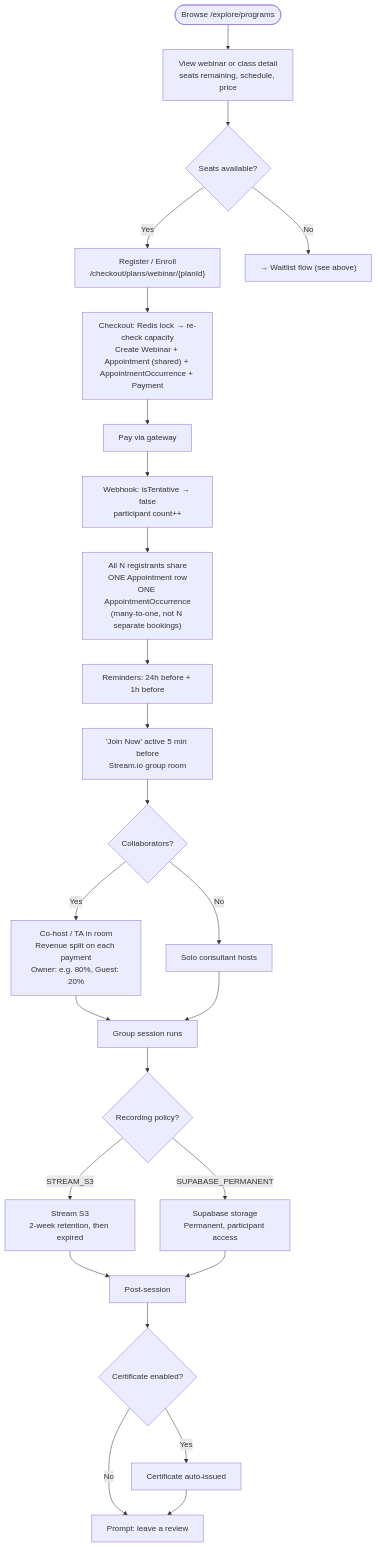
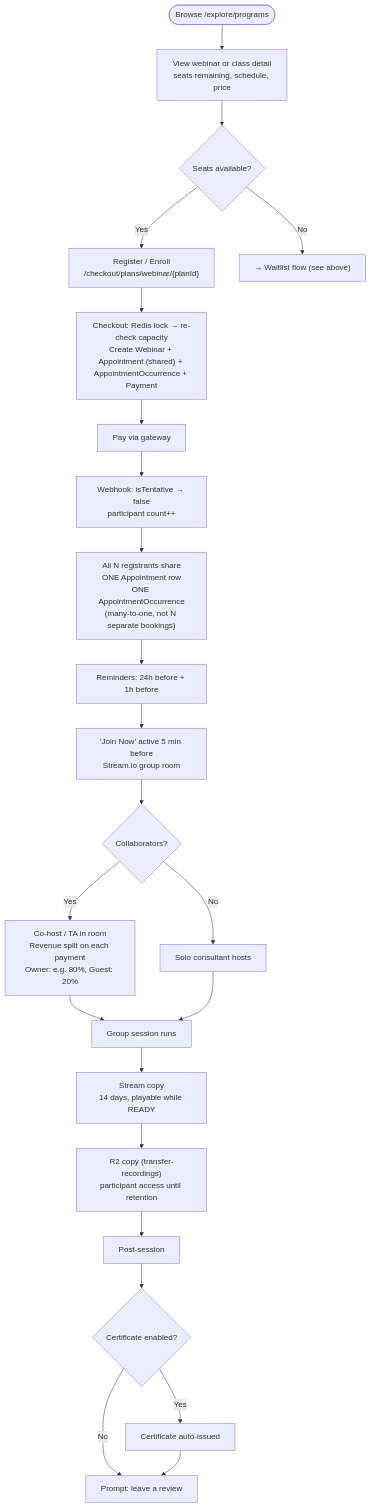
Before and after one commit to Practitionist/familiarise_web: diagram 12 of 19 in docs/architecture/product-flow-map.md, drawn with Mermaid. The commit also changed 16 other files, not shown here.

First line of the commit message:
docs(recordings): describe the R2 copy job, retention job and removed storage tiers

````diff
--- a/docs/architecture/product-flow-map.md
+++ b/docs/architecture/product-flow-map.md
@@ -342,33 +342,31 @@
 ```mermaid
 flowchart TD
     Browse([Browse /explore/programs]) --> EventPage["View webinar or class detail\nseats remaining, schedule, price"]
 
     EventPage --> CapCheck{Seats available?}
     CapCheck -- Yes --> Enroll["Register / Enroll\n/checkout/plans/webinar/{planId}"]
     CapCheck -- No --> WaitlistFlow["→ Waitlist flow (see above)"]
 
     Enroll --> Checkout["Checkout: Redis lock → re-check capacity\nCreate Webinar + Appointment (shared) + AppointmentOccurrence + Payment"]
     Checkout --> Pay["Pay via gateway"]
     Pay --> Webhook["Webhook: isTentative → false\nparticipant count++"]
 
     Webhook --> AllPartners["All N registrants share\nONE Appointment row\nONE AppointmentOccurrence\n(many-to-one, not N separate bookings)"]
     AllPartners --> Reminders["Reminders: 24h before + 1h before"]
     Reminders --> JoinNow["'Join Now' active 5 min before\nStream.io group room"]
 
     JoinNow --> CollabCheck{Collaborators?}
     CollabCheck -- Yes --> CollabRoom["Co-host / TA in room\nRevenue split on each payment\nOwner: e.g. 80%, Guest: 20%"]
     CollabCheck -- No --> SoloRoom["Solo consultant hosts"]
     CollabRoom --> Session["Group session runs"]
     SoloRoom --> Session
 
-    Session --> RecordingPolicy{Recording policy?}
-    RecordingPolicy -- STREAM_S3 --> TempRecording["Stream S3\n2-week retention, then expired"]
-    RecordingPolicy -- SUPABASE_PERMANENT --> PermRecording["Supabase storage\nPermanent, participant access"]
-    TempRecording --> PostSession
+    Session --> TempRecording["Stream copy\n14 days, playable while READY"]
+    TempRecording --> PermRecording["R2 copy (transfer-recordings)\nparticipant access until retention"]
     PermRecording --> PostSession
 
     PostSession["Post-session"] --> CertCheck{Certificate enabled?}
     CertCheck -- Yes --> Cert["Certificate auto-issued"]
     CertCheck -- No --> Review["Prompt: leave a review"]
     Cert --> Review
 ```
````
